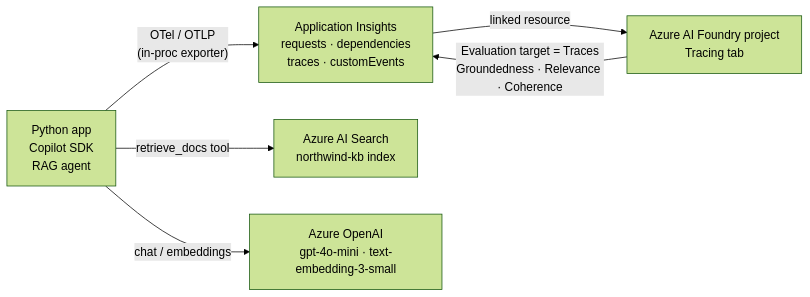
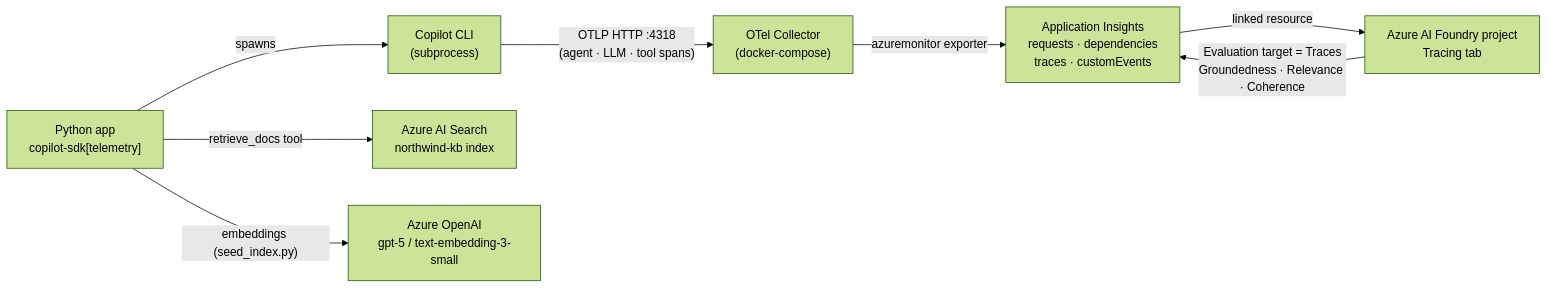
Before and after one commit to xavierxmorris/copilot-sdk-otel-foundry-demo: the diagram in README.md, drawn with Mermaid (forest theme). The commit also changed other lines of this file and 5 other files, not shown here.

First line of the commit message:
Use real Python SDK API and add OTel Collector bridge

````diff
--- a/README.md
+++ b/README.md
@@ -24,8 +24,10 @@
 ```mermaid
 flowchart LR
-    A["Python app<br/>Copilot SDK<br/>RAG agent"] -- "OTel / OTLP<br/>(in-proc exporter)" --> B["Application Insights<br/>requests · dependencies<br/>traces · customEvents"]
-    B -- "linked resource" --> C["Azure AI Foundry project<br/>Tracing tab"]
-    C -- "Evaluation target = Traces<br/>Groundedness · Relevance · Coherence" --> B
-    A -- "retrieve_docs tool" --> D["Azure AI Search<br/>northwind-kb index"]
-    A -- "chat / embeddings" --> E["Azure OpenAI<br/>gpt-4o-mini · text-embedding-3-small"]
+    A["Python app<br/>copilot-sdk[telemetry]"] -- "spawns" --> B["Copilot CLI<br/>(subprocess)"]
+    B -- "OTLP HTTP :4318<br/>(agent · LLM · tool spans)" --> C["OTel Collector<br/>(docker-compose)"]
+    C -- "azuremonitor exporter" --> D["Application Insights<br/>requests · dependencies<br/>traces · customEvents"]
+    D -- "linked resource" --> E["Azure AI Foundry project<br/>Tracing tab"]
+    E -- "Evaluation target = Traces<br/>Groundedness · Relevance · Coherence" --> D
+    A -- "retrieve_docs tool" --> F["Azure AI Search<br/>northwind-kb index"]
+    A -- "embeddings (seed_index.py)" --> G["Azure OpenAI<br/>gpt-5 / text-embedding-3-small"]
 ```
````
